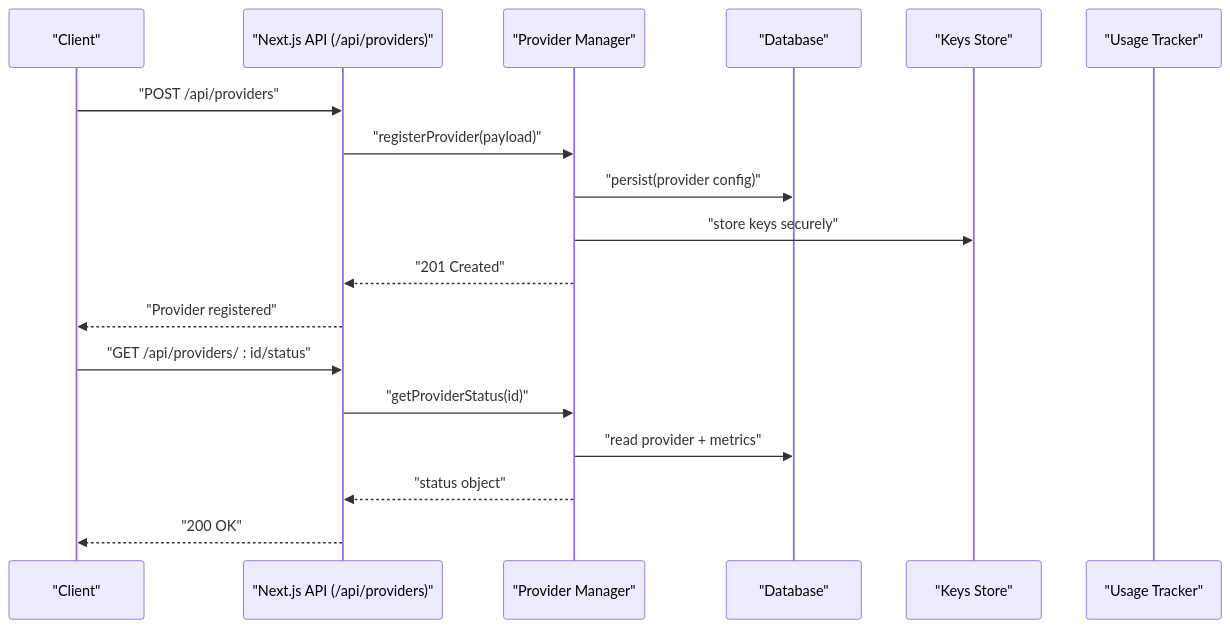
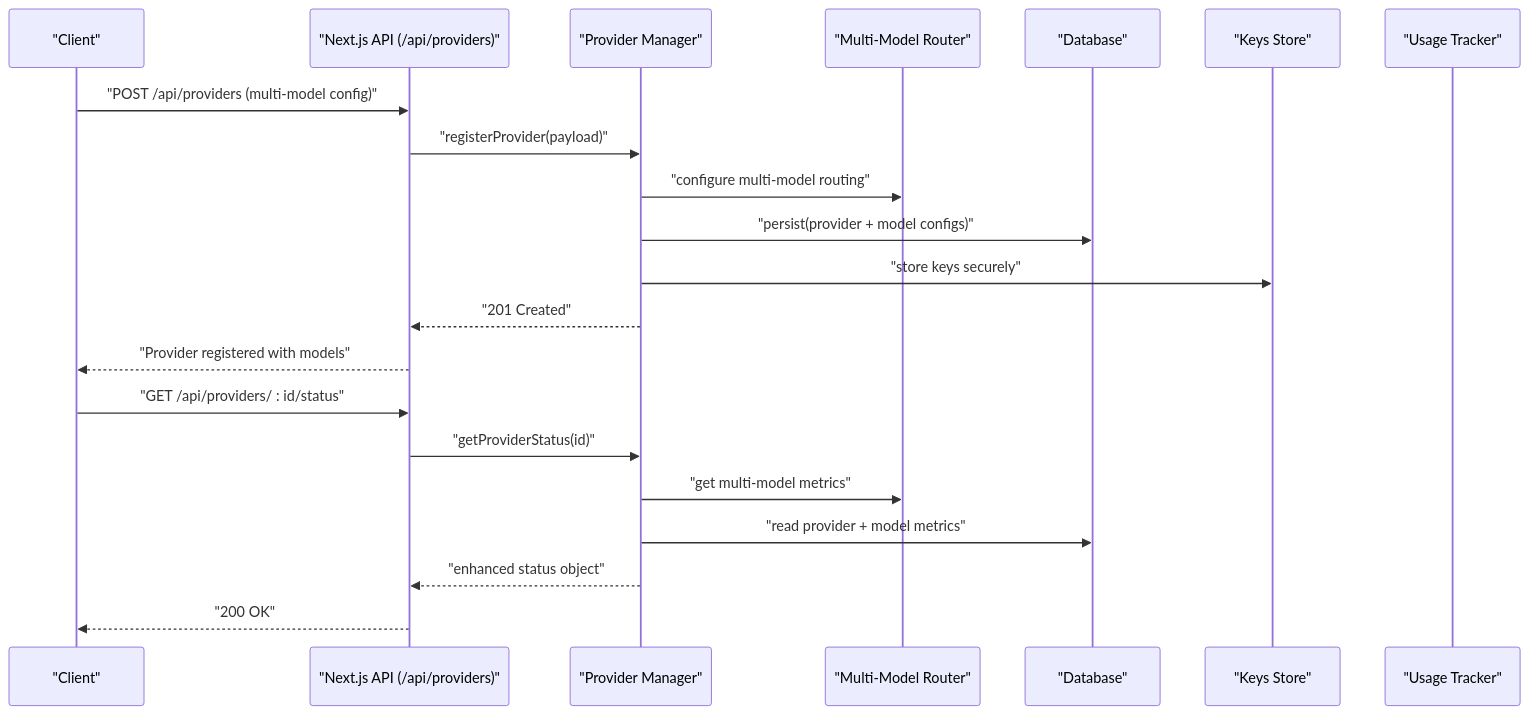
Before and after one commit to HassanAmeer/cheaprouter: the second of 3 diagrams in .qoder/repowiki/en/content/API Reference/Provider Management API.md, drawn with Mermaid. The commit also changed other lines of this file and 54 other files, not shown here.

````diff
--- a/.qoder/repowiki/en/content/API Reference/Provider Management API.md
+++ b/.qoder/repowiki/en/content/API Reference/Provider Management API.md
@@ -96,20 +104,23 @@
 ```mermaid
 sequenceDiagram
 participant Client as "Client"
 participant API as "Next.js API (/api/providers)"
 participant PM as "Provider Manager"
+participant MM as "Multi-Model Router"
 participant DB as "Database"
 participant KM as "Keys Store"
 participant UM as "Usage Tracker"
-Client->>API : "POST /api/providers"
+Client->>API : "POST /api/providers (multi-model config)"
 API->>PM : "registerProvider(payload)"
-PM->>DB : "persist(provider config)"
+PM->>MM : "configure multi-model routing"
+PM->>DB : "persist(provider + model configs)"
 PM->>KM : "store keys securely"
 PM-->>API : "201 Created"
-API-->>Client : "Provider registered"
+API-->>Client : "Provider registered with models"
 Client->>API : "GET /api/providers/ : id/status"
 API->>PM : "getProviderStatus(id)"
-PM->>DB : "read provider + metrics"
-PM-->>API : "status object"
+PM->>MM : "get multi-model metrics"
+PM->>DB : "read provider + model metrics"
+PM-->>API : "enhanced status object"
 API-->>Client : "200 OK"
 ```
````
